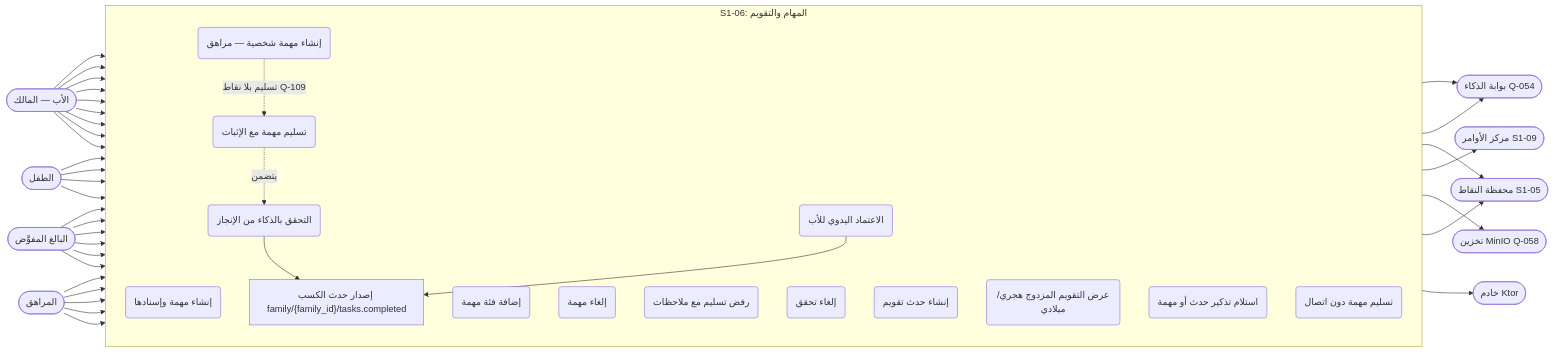
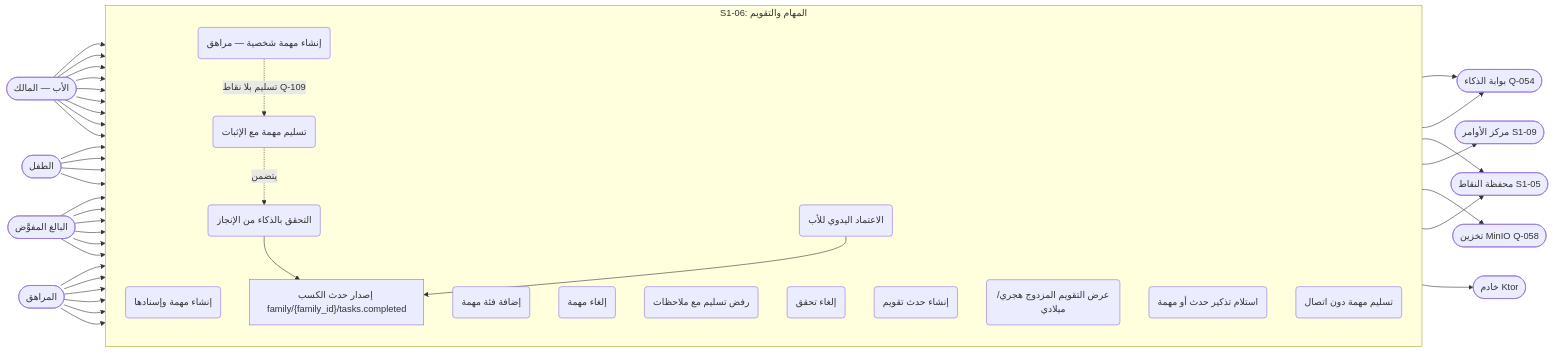
The first of 12 diagrams in docs/family-os/governance/phases/phase-1/S1-06-tasks-and-calendar/DIAGRAMS.md (Bassam-mohammed-alqaeadi/family-os-v2), drawn with Mermaid before and after one commit. The commit also changed other lines of this file and 1 other file, not shown here.

````diff
--- a/docs/family-os/governance/phases/phase-1/S1-06-tasks-and-calendar/DIAGRAMS.md
+++ b/docs/family-os/governance/phases/phase-1/S1-06-tasks-and-calendar/DIAGRAMS.md
@@ -14,66 +14,67 @@
 ```mermaid
 flowchart LR
     Father([الأب — المالك])
     Adult([البالغ المفوَّض])
     Child([الطفل])
     Teen([المراهق])
     AI([بوابة الذكاء Q-054])
     Server([خادم Ktor])
     S105([محفظة النقاط S1-05])
     S109([مركز الأوامر S1-09])
     MinIO([تخزين MinIO Q-058])
 
     subgraph S106 [S1-06: المهام والتقويم]
         direction TB
         UC1(إنشاء مهمة وإسنادها)
         UC2(إضافة فئة مهمة)
         UC3(إلغاء مهمة)
         UC4(تسليم مهمة مع الإثبات)
         UC5(التحقق بالذكاء من الإنجاز)
         UC6(الاعتماد اليدوي للأب)
         UC7(رفض تسليم مع ملاحظات)
         UC8(إلغاء تحقق)
         UC9(إنشاء حدث تقويم)
         UC10(عرض التقويم المزدوج هجري/ميلادي)
         UC11(استلام تذكير حدث أو مهمة)
         UC12(إنشاء مهمة شخصية — مراهق)
         UC13(تسليم مهمة دون اتصال)
         UC14["إصدار حدث الكسب family/{family_id}/tasks.completed"]
     end
 
     Father --> UC1
     Father --> UC2
     Father --> UC3
     Father --> UC6
     Father --> UC7
     Father --> UC8
     Father --> UC9
     Adult --> UC1
     Adult --> UC3
     Adult --> UC6
     Adult --> UC9
     Child --> UC4
     Child --> UC10
     Child --> UC11
     Child --> UC13
     Teen --> UC4
     Teen --> UC10
     Teen --> UC11
     Teen --> UC12
     Teen --> UC13
+    Teen --> UC3
     Father --> UC10
     Father --> UC11
     Adult --> UC10
     Adult --> UC11
     UC4 -.->|يتضمن| UC5
     UC4 --> AI
     UC5 --> AI
     UC5 --> UC14
     UC6 --> UC14
     UC14 --> S105
     UC4 --> S109
     UC5 --> MinIO
     UC8 --> S105
     UC13 --> Server
     UC12 -.->|تسليم بلا نقاط Q-109| UC4
 ```
````
